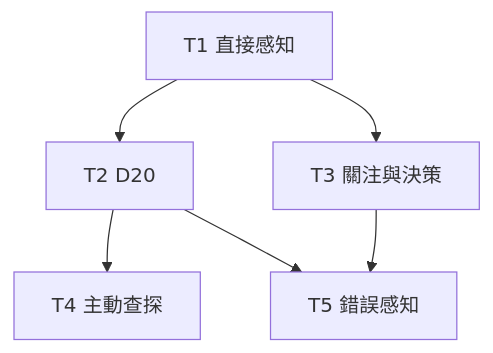
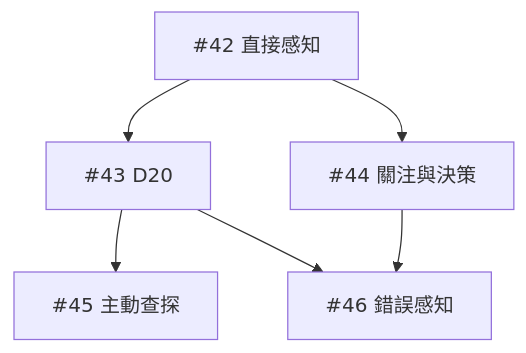
The diagram in docs/design/npc-perception-ticket-plan.md (sarekoubeYohane/quiet-hours-npc), drawn with Mermaid before and after one commit. The commit also changed other lines of this file and 2 other files, not shown here.

````diff
--- a/docs/design/npc-perception-ticket-plan.md
+++ b/docs/design/npc-perception-ticket-plan.md
@@ -35,8 +17,8 @@
 ```mermaid
 flowchart TD
-  T1["T1 直接感知"] --> T2["T2 D20"]
-  T1 --> T3["T3 關注與決策"]
-  T2 --> T4["T4 主動查探"]
-  T2 --> T5["T5 錯誤感知"]
+  T1["#42 直接感知"] --> T2["#43 D20"]
+  T1 --> T3["#44 關注與決策"]
+  T2 --> T4["#45 主動查探"]
+  T2 --> T5["#46 錯誤感知"]
   T3 --> T5
 ```
````
